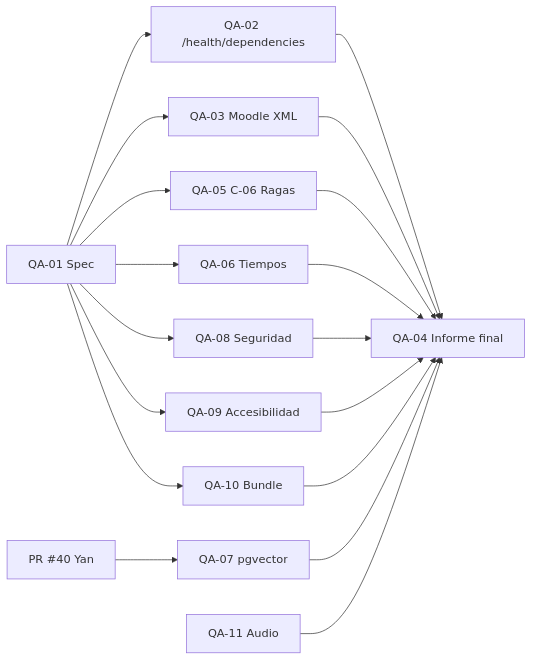
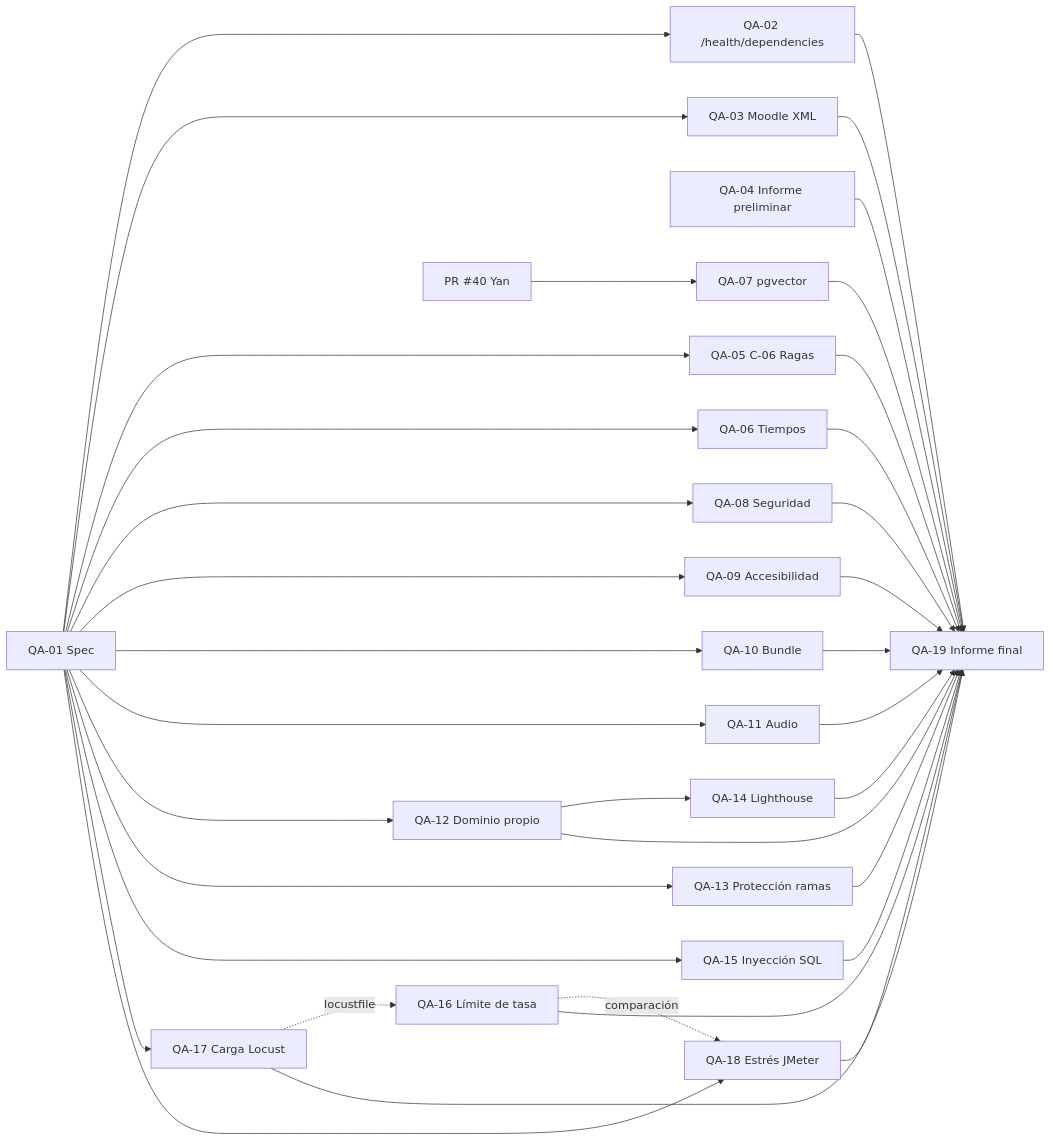
One commit to SilvanaD12/Plataforma_Docente_backend changed the diagram in specs/005-atributos-calidad/plan.md. Above: the diagram before and after it, drawn with Mermaid. The commit also changed other lines of this file and 2 other files, not shown here.

````diff
--- a/specs/005-atributos-calidad/plan.md
+++ b/specs/005-atributos-calidad/plan.md
@@ -197,33 +314,58 @@
 ```mermaid
 flowchart LR
     QA01["QA-01 Spec"]
     QA02["QA-02 /health/dependencies"]
     QA03["QA-03 Moodle XML"]
-    QA04["QA-04 Informe final"]
+    QA04["QA-04 Informe preliminar"]
     QA05["QA-05 C-06 Ragas"]
     QA06["QA-06 Tiempos"]
     QA07["QA-07 pgvector"]
     QA08["QA-08 Seguridad"]
     QA09["QA-09 Accesibilidad"]
     QA10["QA-10 Bundle"]
     QA11["QA-11 Audio"]
+    QA12["QA-12 Dominio propio"]
+    QA13["QA-13 Protección ramas"]
+    QA14["QA-14 Lighthouse"]
+    QA15["QA-15 Inyección SQL"]
+    QA16["QA-16 Límite de tasa"]
+    QA17["QA-17 Carga Locust"]
+    QA18["QA-18 Estrés JMeter"]
+    QA19["QA-19 Informe final"]
     PR40["PR #40 Yan"]
 
     QA01 --> QA02
     QA01 --> QA03
     QA01 --> QA05
     QA01 --> QA06
     PR40 --> QA07
     QA01 --> QA08
     QA01 --> QA09
     QA01 --> QA10
-    QA02 --> QA04
-    QA03 --> QA04
-    QA05 --> QA04
-    QA06 --> QA04
-    QA07 --> QA04
-    QA08 --> QA04
-    QA09 --> QA04
-    QA10 --> QA04
-    QA11 --> QA04
+    QA01 --> QA11
+    QA01 --> QA12
+    QA01 --> QA13
+    QA12 --> QA14
+    QA01 --> QA15
+    QA17 -. "locustfile" .-> QA16
+    QA01 --> QA17
+    QA01 --> QA18
+    QA16 -. "comparación" .-> QA18
+    QA02 --> QA19
+    QA03 --> QA19
+    QA04 --> QA19
+    QA05 --> QA19
+    QA06 --> QA19
+    QA07 --> QA19
+    QA08 --> QA19
+    QA09 --> QA19
+    QA10 --> QA19
+    QA11 --> QA19
+    QA12 --> QA19
+    QA13 --> QA19
+    QA14 --> QA19
+    QA15 --> QA19
+    QA16 --> QA19
+    QA17 --> QA19
+    QA18 --> QA19
 ```
````
